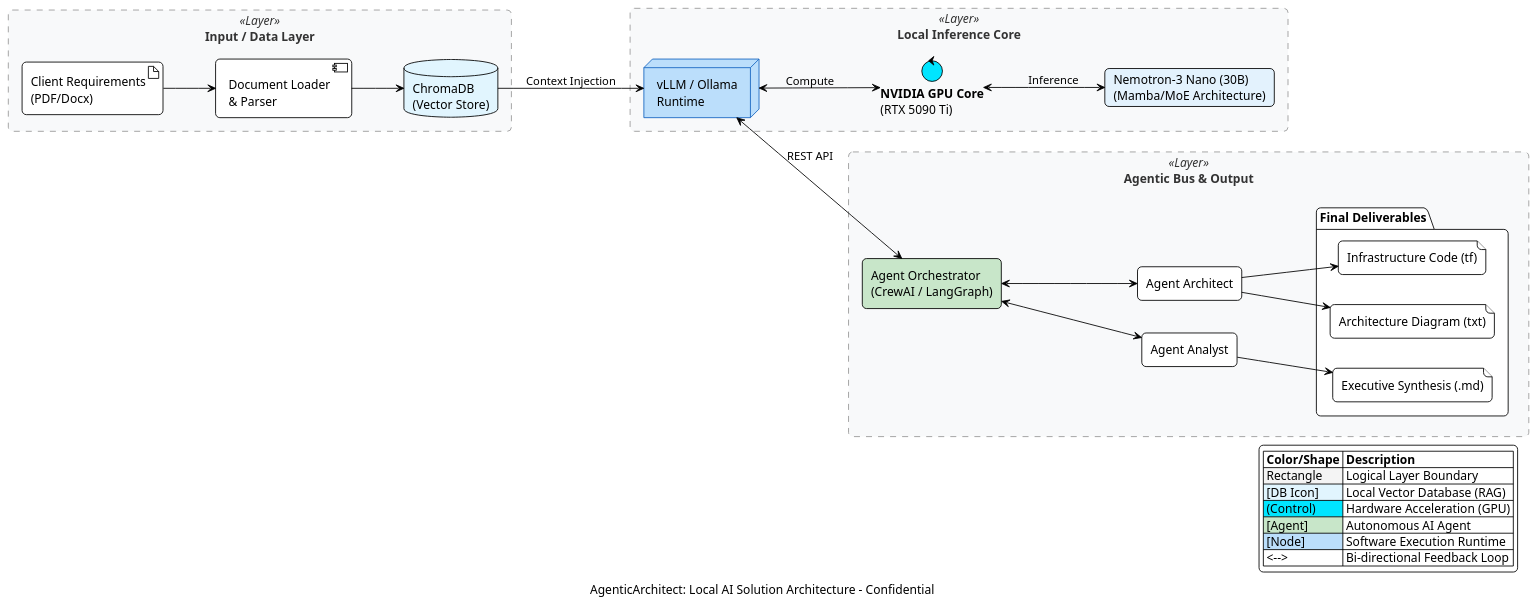
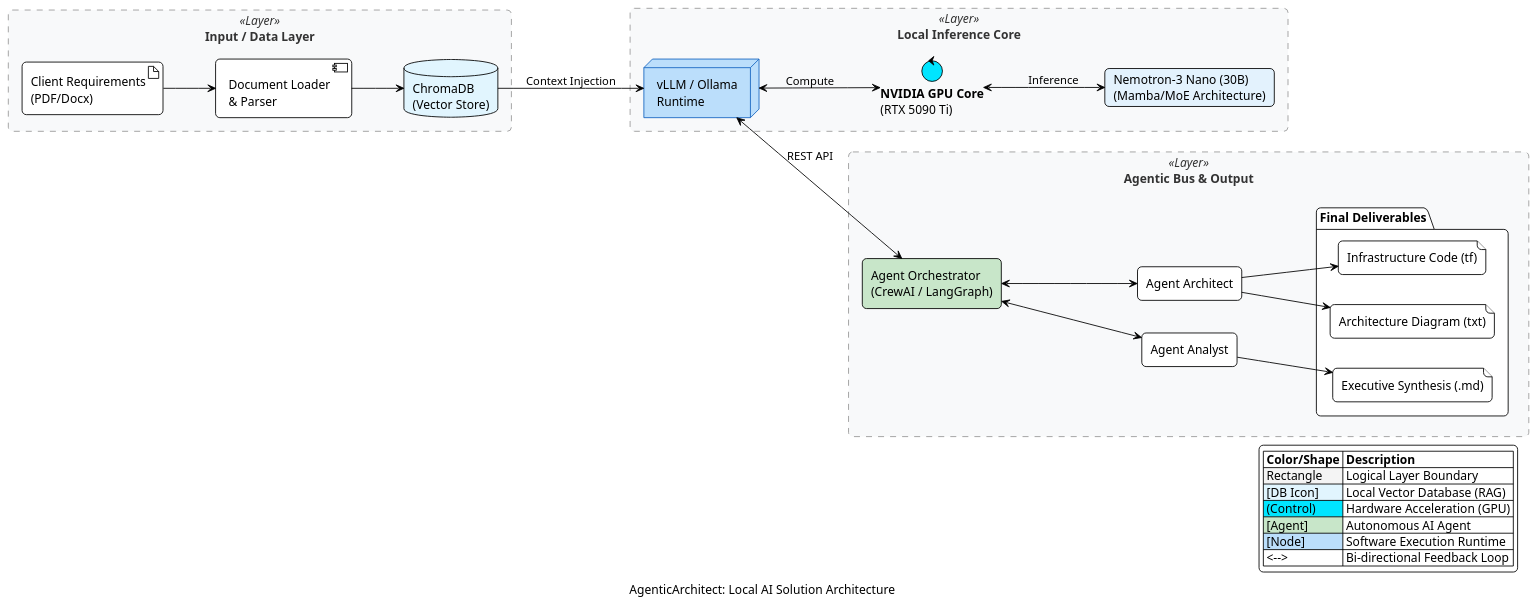
Before and after one commit to fabienfrfr/AgenticArchitect: the diagram in docs/global_archi.puml, drawn with PlantUML. The commit also changed 1 other file, not shown here.

Commit message:
refine architecture diagram

```diff
--- a/docs/global_archi.puml
+++ b/docs/global_archi.puml
@@ -1,79 +1,79 @@
 @startuml AgenticArchitect_Final_With_Legend
 
 ' --- Configuration & Style ---
 !theme plain
 skinparam backgroundColor white
 skinparam roundcorner 10
 skinparam shadowing false
 skinparam DefaultFontName "Segoe UI", Arial
 left to right direction
 
 ' Style for Layers
 skinparam rectangle<<Layer>> {
     BackgroundColor #F8F9FA
     BorderColor #999999
     BorderStyle dashed
     FontColor #333333
 }
 
 ' Style for Hardware/Core
 skinparam node {
     BackgroundColor #E3F2FD
     BorderColor #1565C0
 }
 
 ' --- LAYER 1: DATA ---
 rectangle "Input / Data Layer" <<Layer>> {
     artifact "Client Requirements\n(PDF/Docx)" as docs
     component "Document Loader\n& Parser" as parser
     database "ChromaDB\n(Vector Store)" as db #E1F5FE
 }
 
 ' --- LAYER 2: COMPUTE ---
 rectangle "Local Inference Core" <<Layer>> {
     node "vLLM / Ollama\nRuntime" as runtime #BBDEFB
     control "**NVIDIA GPU Core**\n(RTX 5090 Ti)" as gpu #00E5FF
     card "Nemotron-3 Nano (30B)\n(Mamba/MoE Architecture)" as model #E3F2FD
     
     runtime <--> gpu : "Compute"
     gpu <--> model : "Inference"
 }
 
 ' --- LAYER 3: AGENTS ---
 rectangle "Agentic Bus & Output" <<Layer>> {
     agent "Agent Orchestrator\n(CrewAI / LangGraph)" as bus #C8E6C9
     agent "Agent Analyst" as analyst
     agent "Agent Architect" as architect
     
     package "Final Deliverables" {
         file "Executive Synthesis (.md)" as out1
         file "Architecture Diagram (txt)" as out2
         file "Infrastructure Code (tf)" as out3
     }
 }
 
 ' --- Flux ---
 docs --> parser
 parser --> db
 db --> runtime : "Context Injection"
 runtime <--> bus : "REST API"
 bus <--> analyst
 bus <--> architect
 architect --> out2
 architect --> out3
 analyst --> out1
 
 ' --- Legend ---
 legend right
 |= Color/Shape |= Description |
 |<#F4F4F4> Rectangle | Logical Layer Boundary |
 |<#E1F5FE> [DB Icon] | Local Vector Database (RAG) |
 |<#00E5FF> (Control) | Hardware Acceleration (GPU) |
 |<#C8E6C9> [Agent] | Autonomous AI Agent |
 |<#BBDEFB> [Node] | Software Execution Runtime |
 | <--> | Bi-directional Feedback Loop |
 endlegend
 
-caption "AgenticArchitect: Local AI Solution Architecture - Confidential"
+caption "AgenticArchitect: Local AI Solution Architecture"
 
 @enduml
```
